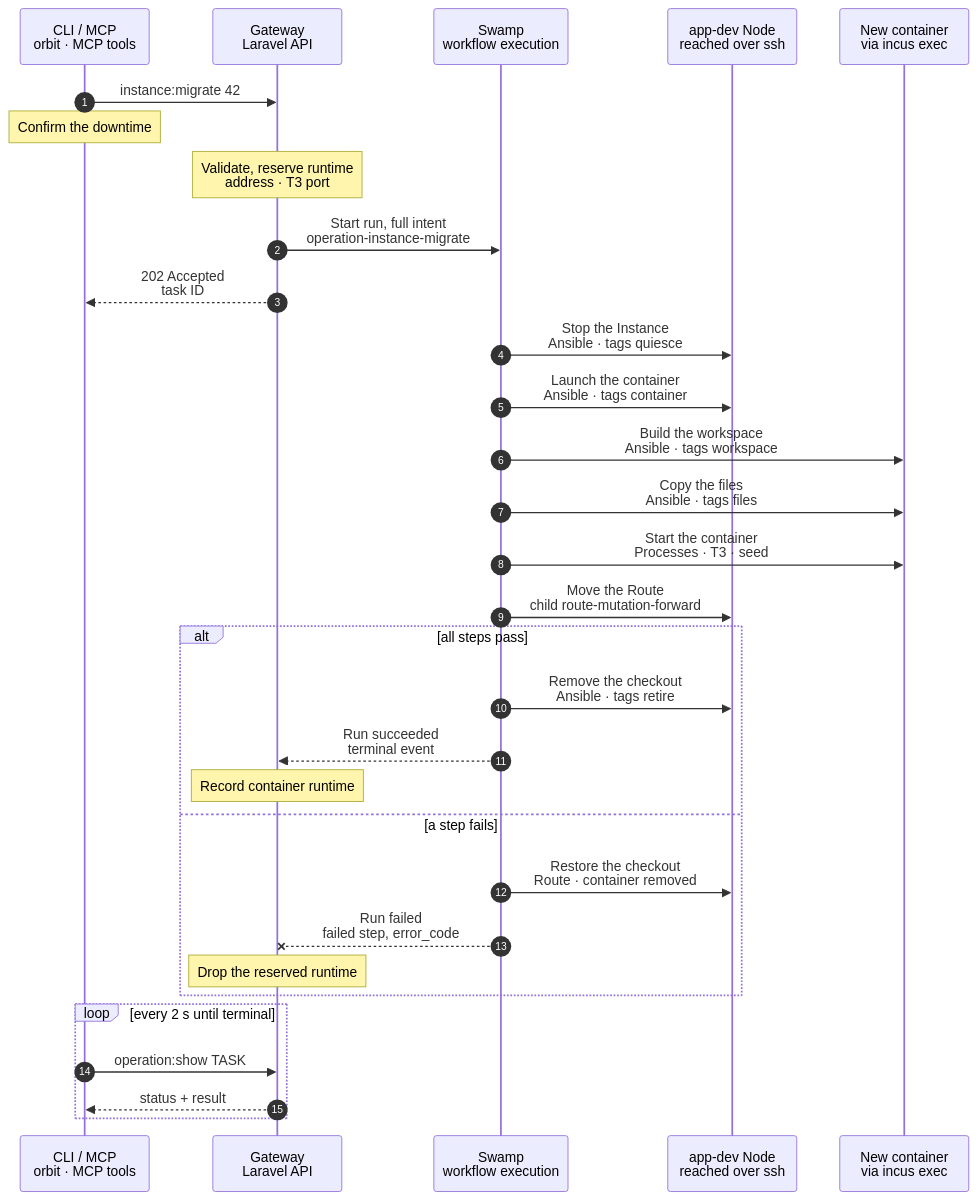
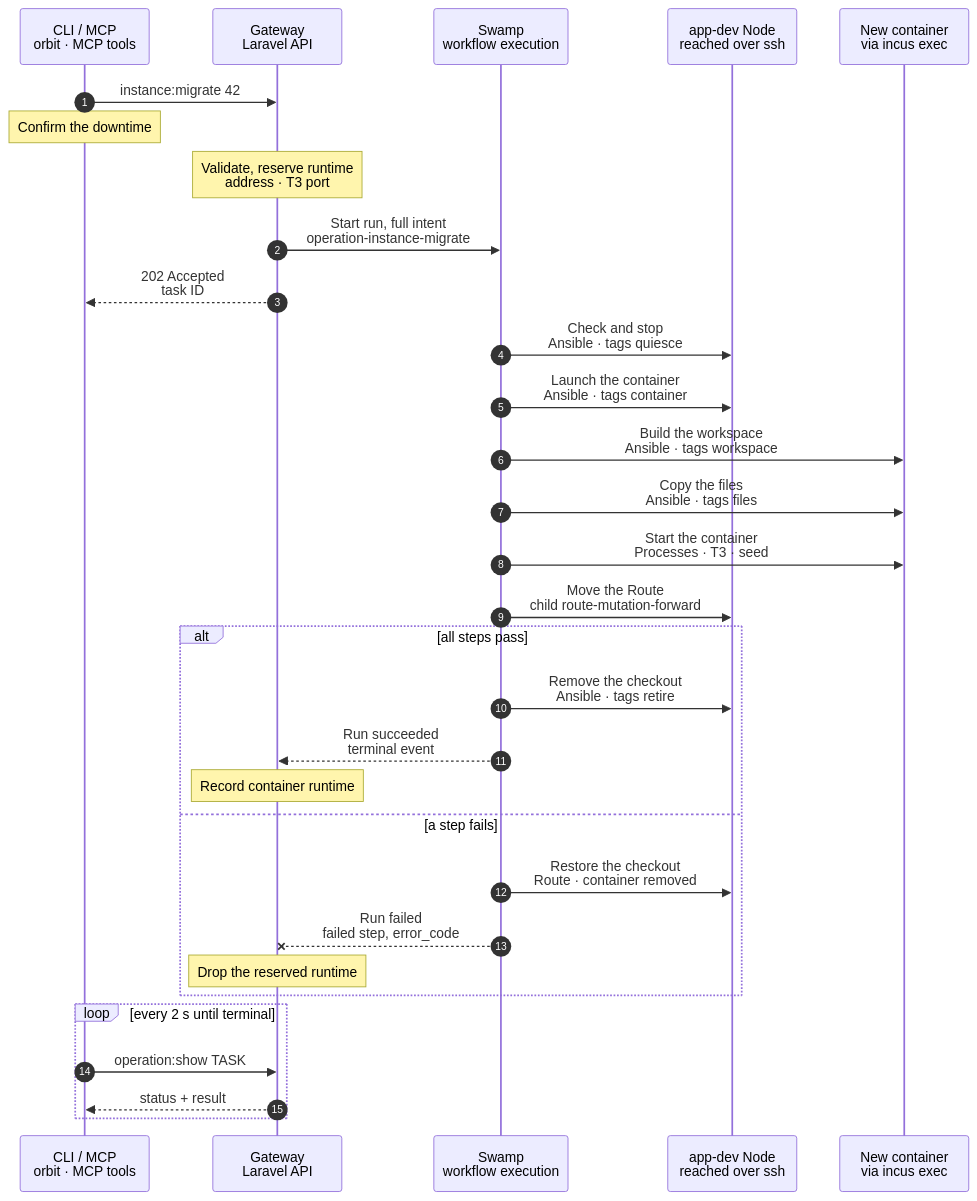
One commit to hardimpactdev/orbit changed the diagram in docs/cli/instance/migrate.mmd. Above: the diagram before and after it, drawn with Mermaid. The commit also changed 18 other files, not shown here.

Commit message:
Guard checkout retirement against worktrees and uncommitted files

```diff
--- a/docs/cli/instance/migrate.mmd
+++ b/docs/cli/instance/migrate.mmd
@@ -1,94 +1,96 @@
 sequenceDiagram
   %% Container runtime (ADR 0250 step 8, docs/reference/development-containers.md#migrate-a-checkout-instance): one checkout Instance moves into a container, with its code. Its database stays where it is, and the container gets its own way to it. A default Instance moves before the other Instances of its Project, and keeps its checkout until its last worktree has moved. The command exists only until the last checkout Instance has moved (docs/reference/old-paths.md). The container steps are the phases of docs/cli/instance/container/create-default.mmd and create.mmd.
   %% status: draft
   %% command: instance:migrate
   %% kind: instance.migrate
   autonumber
   %% lane CLI icon=terminal pill=caller tone=gray
   %% lane GW icon=gateway pill=intent tone=blue
   %% lane SW icon=workflow pill=executes tone=green
   %% lane N icon=server pill=target tone=amber
   %% lane C icon=server pill=target tone=purple
   participant CLI as CLI / MCP<br/>orbit · MCP tools
   participant GW as Gateway<br/>Laravel API
   participant SW as Swamp<br/>workflow execution
   participant N as app-dev Node<br/>reached over ssh
   participant C as New container<br/>via incus exec
   CLI->>GW: instance:migrate 42
   %%> Command:
   %%> - `orbit instance:migrate INSTANCE`
   %%> - syntax: `<instance> [--force] [--idempotency-key=KEY] [--json]`
   Note over CLI: Confirm the downtime
   %%> What it asks:
   %%> - the Instance goes down during the move, and its checkout is deleted after it; `--force` answers yes
   Note over GW: Validate, reserve runtime<br/>address · T3 port
   %%> Requirements:
   %%> - the Instance is an active checkout Instance on an `app-dev` Node of the build list, else `instance.migrate_unsupported`
   %%> - a non-default Instance needs its Project's default Instance in a container first, else `instance.default_not_migrated`
   %%> - the Instance has no unfinished deployment, no Processes and no Route beside its own; a non-default Instance needs Conn and the model router, as a clone does
   %%> - a web-serving Project names its PHP version; a missing version refuses with `project.source_defaults_incomplete`, naming `orbit project:update PROJECT --source-access=github_app` to record it from source
   %%> - a database on a Database server has an IPv4 address and a port, else `instance.database_clone_unsupported`
   %%> Result:
   %%> - the runtime record is reserved: the next bridge address and, for a non-default Instance, the lowest free T3 port
   %%> - the checkout stays the Instance's runtime until the Route has moved; the Route's Node is held for the run
   %%> - the Instance takes no deployment and no wake while the run lasts
   %%> - a non-default Instance's placeholder model key goes to the vault
   GW->>SW: Start run, full intent<br/>operation-instance-migrate
   GW-->>CLI: 202 Accepted<br/>task ID
-  SW->>N: Stop the Instance<br/>Ansible · tags quiesce
+  SW->>N: Check and stop<br/>Ansible · tags quiesce
   %%> What it does:
+  %%> - before any Node change, checks every planned retirement: no other worktree on its Git directory and no tracked or non-ignored untracked changes, else `instance.migrate_retirement_blocked`; the error names the checkout, blocking paths and total counts (first 20 per list)
   %%> - checks that the checkout is on the recorded branch, else `instance.migrate_branch_changed`
   %%> - deletes a container that an earlier failed move left
   %%> - removes the awake marker, so the Route shows the wake page and nothing writes the checkout or the database during the move
   SW->>N: Launch the container<br/>Ansible · tags container
   %%> What it does:
   %%> - creates the container from the image with its bridge address and ACL, and starts it
   %%> - a database on a Database server: the ACL and a firewall rule on the Node let the container reach the server's port
   %%> - fetches the Instance's branch from the checkout into the Node's mirror, with its commits that were never pushed
   SW->>C: Build the workspace<br/>Ansible · tags workspace
   %%> What it does:
   %%> - pushes the branch in as a bundle and checks it out in a standalone repository in `/srv/workspace`
   %%> - a non-default checkout is a linked worktree, so its `.git` is never copied
   SW->>C: Copy the files<br/>Ansible · tags files
   %%> What it does:
   %%> - copies every file that differs from the commit, every untracked file and every ignored file, `.env` among them
   %%> - removes the tracked files that the checkout deleted, and rewrites the checkout's path in `.env` to `/srv/workspace`
   %%> - checks that the container reaches its database server, else `instance.database_unreachable`
   %%> - a non-default Instance gets the proxy device that publishes its T3 port
   SW->>C: Start the container<br/>Processes · T3 · seed
   %%> What it does:
   %%> - starts FrankenPHP as `orbit`
   %%> - a non-default Instance gets `/etc/orbit/instance`, the agent settings and its T3 server, registered as in create
   %%> - a default Instance gets its first `seed-<commit>` snapshot
   SW->>N: Move the Route<br/>child route-mutation-forward
   %%> What it does:
   %%> - points the Instance's Route at FrankenPHP in the container, and withdraws the checkout's PHP-FPM pool
   alt all steps pass
     SW->>N: Remove the checkout<br/>Ansible · tags retire
     %%> What it does:
+    %%> - repeats the same retirement check before archiving or deleting any checkout; a new blocker leaves the container serving and the checkout intact
     %%> - removes the checkout and writes the awake marker; a default's checkout stays until its last worktree has moved
     %%> - before a repository goes, its local branches and every stash entry are kept in the Node's mirror under `refs/migrated/`
     %%> If it fails:
     %%> - the container stays the Instance; the run fails with `instance.migrate_retire_failed`, and the checkout is left to remove by hand
     SW-->>GW: Run succeeded<br/>terminal event
     Note over GW: Record container runtime
     %%> Result:
     %%> - the Instance's workspace is the container's; the runtime runs, a default's row holds its seed commit
     %%> - a SQLite file moved with the files, so its connection record goes; stored `.env` values follow the new path
     %%> - the Conn layer records a non-default Instance's T3 server from the result
   else a step fails
     SW->>N: Restore the checkout<br/>Route · container removed
     %%> What it does:
     %%> - puts the Route back on the checkout when the run had moved it
     %%> - deletes the new container, its ACL, its firewall rules and its mirror, and writes the awake marker
     %%> - the checkout and its database are untouched, so the Instance serves as before
     SW--xGW: Run failed<br/>failed step, error_code
     Note over GW: Drop the reserved runtime
     %%> Retry:
     %%> - run the same command again; it starts with a new container
     %%> - a restore that failed keeps the reserved record and its address, and names the failed step
   end
   loop every 2 s until terminal
     CLI->>GW: operation:show TASK
     GW-->>CLI: status + result
   end
```
